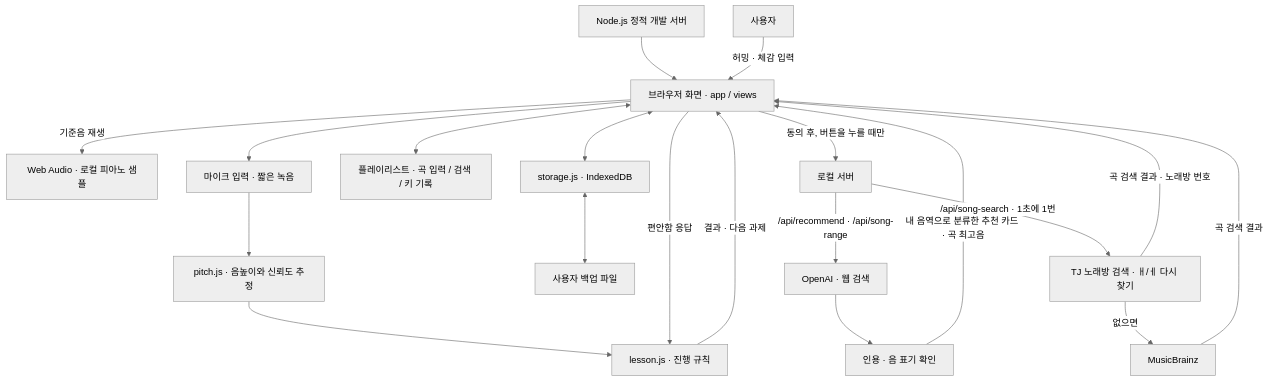
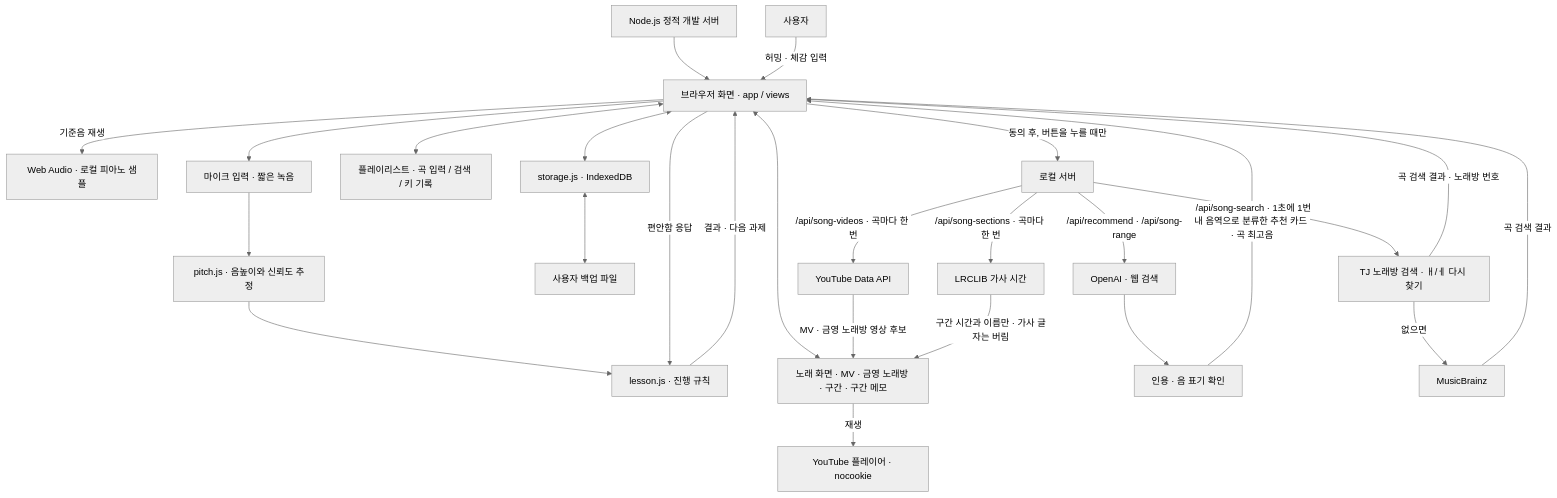
The first of 2 diagrams in README.md (Yoonsung-kor/SING), drawn with Mermaid (neutral theme) before and after one commit. The commit also changed other lines of this file and 2 other files, not shown here.

Commit message:
docs: song screen in README and architecture

````diff
--- a/README.md
+++ b/README.md
@@ -117,22 +117,28 @@
 ```mermaid
 flowchart TD
     Static[Node.js 정적 개발 서버] --> UI[브라우저 화면 · app / views]
     User[사용자] -->|허밍 · 체감 입력| UI
     UI -->|기준음 재생| Piano[Web Audio · 로컬 피아노 샘플]
     UI --> Capture[마이크 입력 · 짧은 녹음]
     Capture --> Pitch[pitch.js · 음높이와 신뢰도 추정]
     Pitch --> Lesson[lesson.js · 진행 규칙]
     UI -->|편안함 응답| Lesson
     Lesson -->|결과 · 다음 과제| UI
     UI <--> Songs[플레이리스트 · 곡 입력 / 검색 / 키 기록]
+    UI <--> SongScreen[노래 화면 · MV · 금영 노래방 · 구간 · 구간 메모]
+    SongScreen -->|재생| YTPlayer[YouTube 플레이어 · nocookie]
     UI <--> Store[storage.js · IndexedDB]
     Store <--> Backup[사용자 백업 파일]
     UI -->|동의 후, 버튼을 누를 때만| Server[로컬 서버]
     Server -->|/api/recommend · /api/song-range| OpenAI[OpenAI · 웹 검색]
     OpenAI --> Verify[인용 · 음 표기 확인]
     Verify -->|내 음역으로 분류한 추천 카드 · 곡 최고음| UI
     Server -->|/api/song-search · 1초에 1번| TJ[TJ 노래방 검색 · ㅐ/ㅔ 다시 찾기]
     TJ -->|없으면| MB[MusicBrainz]
     TJ -->|곡 검색 결과 · 노래방 번호| UI
     MB -->|곡 검색 결과| UI
+    Server -->|/api/song-videos · 곡마다 한 번| YT[YouTube Data API]
+    YT -->|MV · 금영 노래방 영상 후보| SongScreen
+    Server -->|/api/song-sections · 곡마다 한 번| LRC[LRCLIB 가사 시간]
+    LRC -->|구간 시간과 이름만 · 가사 글자는 버림| SongScreen
 ```
````
